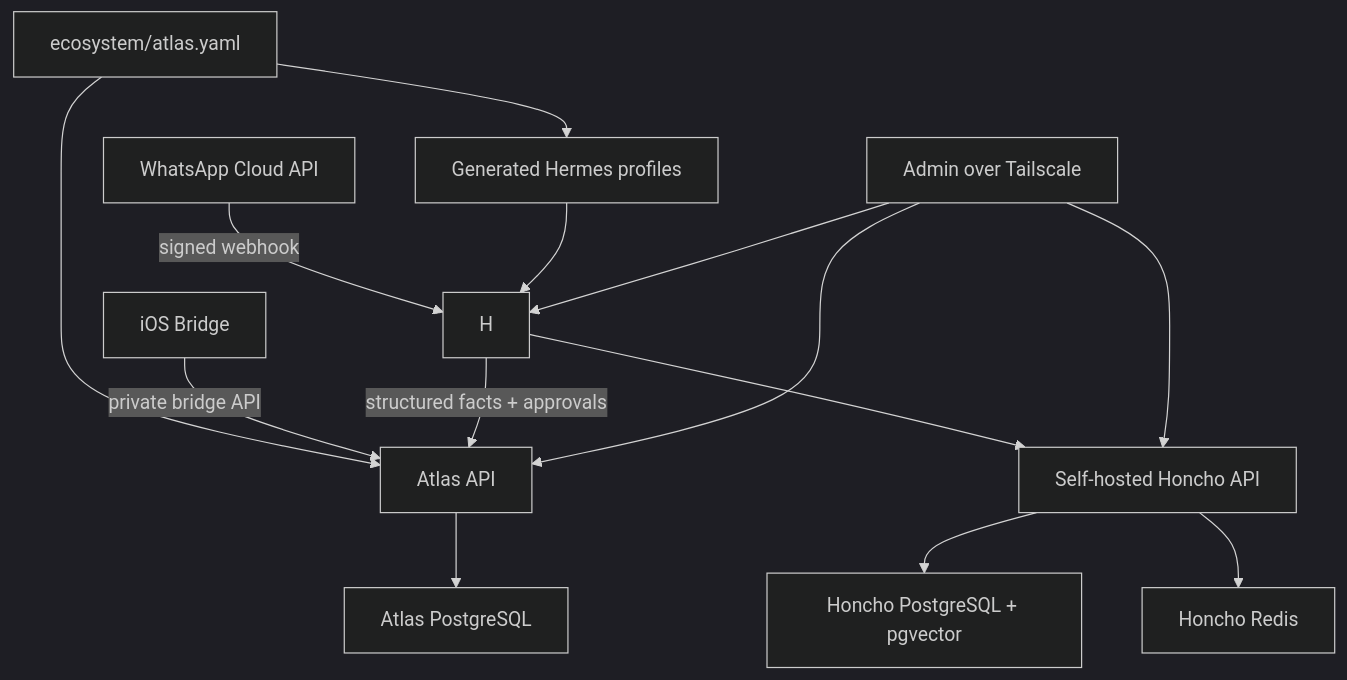
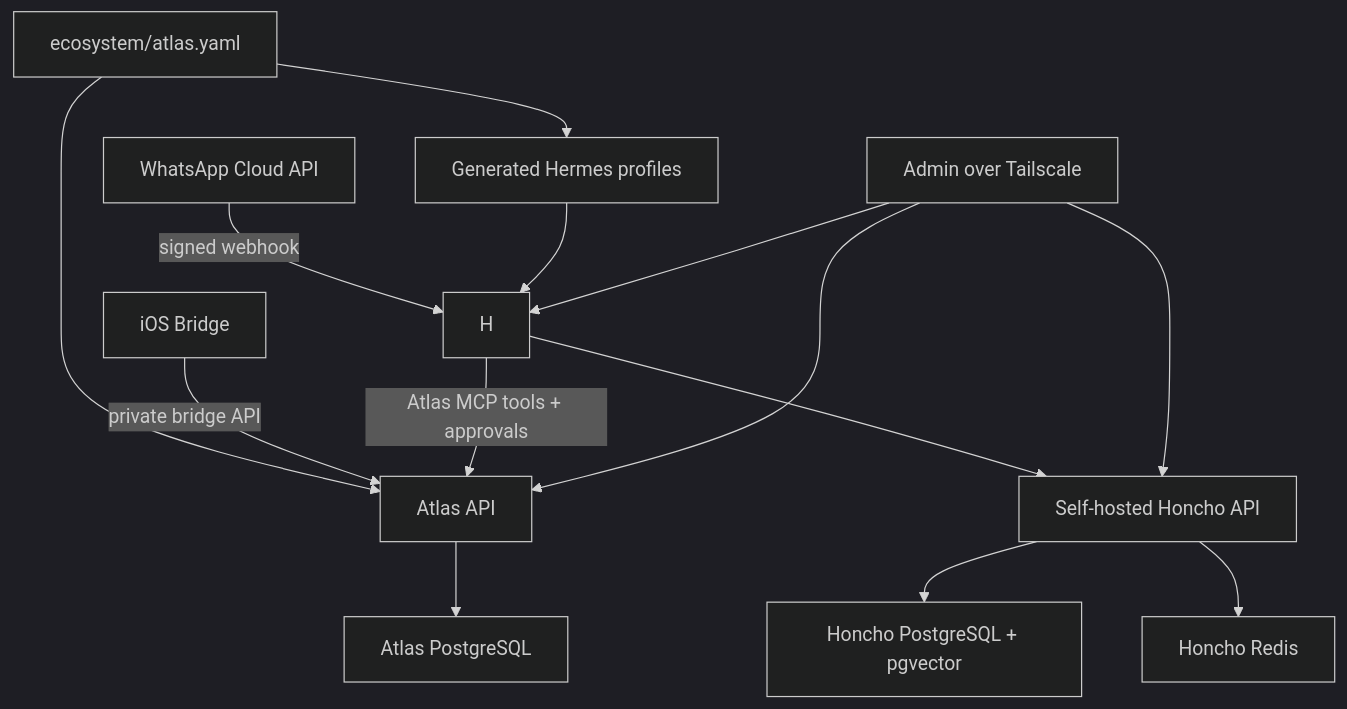
One commit to itspalomo/project-atlas changed the diagram in docs/architecture.md. Above: the diagram before and after it, drawn with Mermaid (dark theme). The commit also changed other lines of this file and 26 other files, not shown here.

````diff
--- a/docs/architecture.md
+++ b/docs/architecture.md
@@ -29,16 +31,16 @@
 ```mermaid
 flowchart TD
   CFG["ecosystem/atlas.yaml"] --> API["Atlas API"]
   CFG --> PROF["Generated Hermes profiles"]
   WA["WhatsApp Cloud API"] -->|"signed webhook"| H
   IOS["iOS Bridge"] -->|"private bridge API"| API
   API --> PG["Atlas PostgreSQL"]
-  H -->|"structured facts + approvals"| API
+  H -->|"Atlas MCP tools + approvals"| API
   H --> HC["Self-hosted Honcho API"]
   HC --> HPG["Honcho PostgreSQL + pgvector"]
   HC --> HR["Honcho Redis"]
   PROF --> H
   Admin["Admin over Tailscale"] --> API
   Admin --> H
   Admin --> HC
 ```
````
